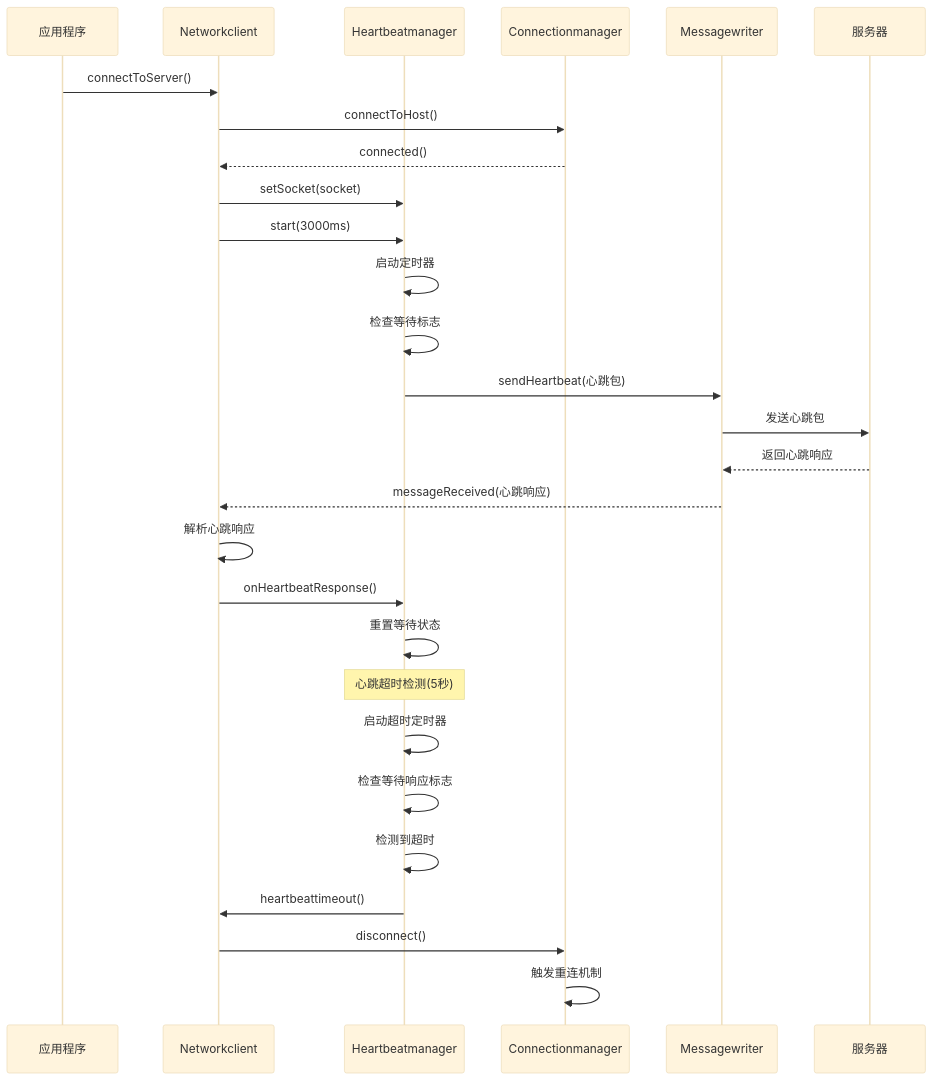
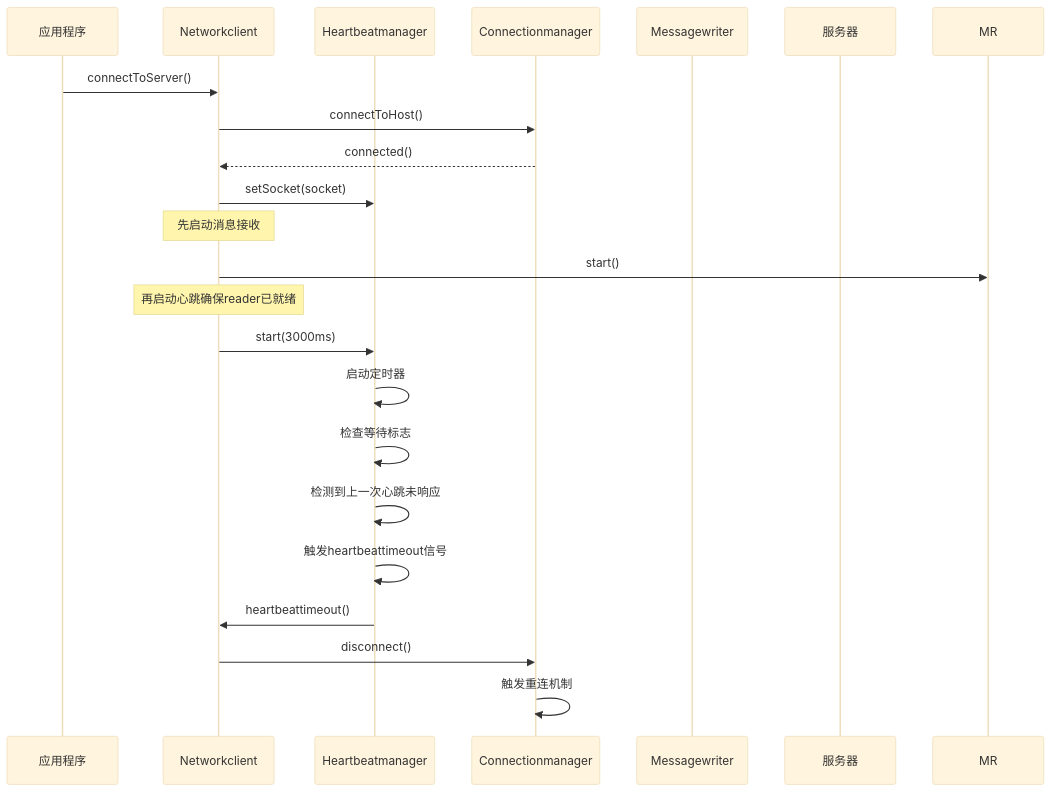
The third of 8 diagrams in .qoder/repowiki/zh/content/核心模块/网络客户端模块/心跳管理器.md (HeQiTZD/Triple-terminal-Attendance-Punching-System), drawn with Mermaid (base theme) before and after one commit. The commit also changed other lines of this file and 18 other files, not shown here.

````diff
--- a/.qoder/repowiki/zh/content/核心模块/网络客户端模块/心跳管理器.md
+++ b/.qoder/repowiki/zh/content/核心模块/网络客户端模块/心跳管理器.md
@@ -173,30 +173,24 @@
 ```mermaid
 sequenceDiagram
 participant App as 应用程序
 participant NC as Networkclient
 participant HB as Heartbeatmanager
 participant CM as Connectionmanager
 participant MW as Messagewriter
 participant Server as 服务器
 App->>NC : connectToServer()
 NC->>CM : connectToHost()
 CM-->>NC : connected()
 NC->>HB : setSocket(socket)
+Note over NC : 先启动消息接收
+NC->>MR : start()
+Note over NC : 再启动心跳确保reader已就绪
 NC->>HB : start(3000ms)
 HB->>HB : 启动定时器
 HB->>HB : 检查等待标志
-HB->>MW : sendHeartbeat(心跳包)
-MW->>Server : 发送心跳包
-Server-->>MW : 返回心跳响应
-MW-->>NC : messageReceived(心跳响应)
-NC->>NC : 解析心跳响应
-NC->>HB : onHeartbeatResponse()
-HB->>HB : 重置等待状态
-Note over HB : 心跳超时检测(5秒)
-HB->>HB : 启动超时定时器
-HB->>HB : 检查等待响应标志
-HB->>HB : 检测到超时
+HB->>HB : 检测到上一次心跳未响应
+HB->>HB : 触发heartbeattimeout信号
 HB->>NC : heartbeattimeout()
 NC->>CM : disconnect()
 CM->>CM : 触发重连机制
 ```
````
